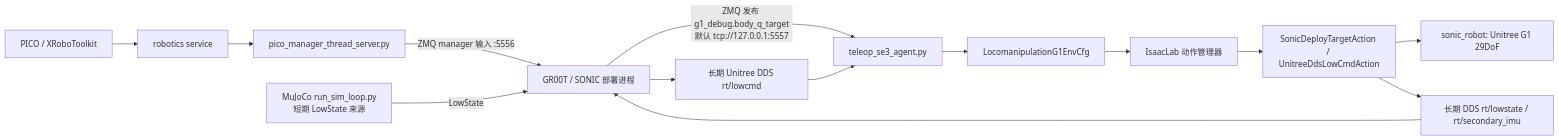
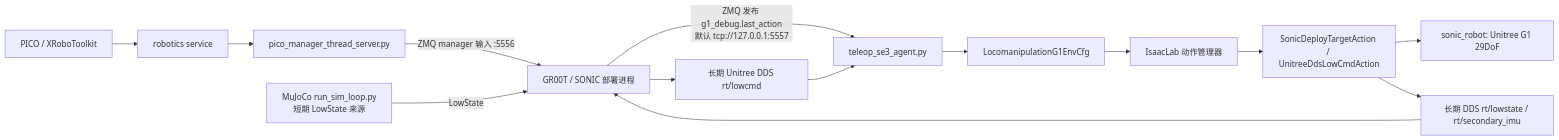
The first of 5 diagrams in docs/gr00t_sonic_pico_isaaclab_framework.md (xiaoyang00001/IsaacLab), drawn with Mermaid before and after one commit. The commit also changed other lines of this file and 4 other files, not shown here.

````diff
--- a/docs/gr00t_sonic_pico_isaaclab_framework.md
+++ b/docs/gr00t_sonic_pico_isaaclab_framework.md
@@ -17,20 +17,20 @@
 ```mermaid
 flowchart LR
     Pico[PICO / XRoboToolkit] --> RoboticsService[robotics service]
     RoboticsService --> PicoManager[pico_manager_thread_server.py]
     PicoManager -->|ZMQ manager 输入 :5556| Deploy[GR00T / SONIC 部署进程]
 
     Mujoco[MuJoCo run_sim_loop.py<br/>短期 LowState 来源] -->|LowState| Deploy
 
-    Deploy -->|ZMQ 发布 g1_debug.body_q_target<br/>默认 tcp://127.0.0.1:5557| IsaacTeleop[teleop_se3_agent.py]
+    Deploy -->|ZMQ 发布 g1_debug.last_action<br/>默认 tcp://127.0.0.1:5557| IsaacTeleop[teleop_se3_agent.py]
     Deploy --> LongDdsCmd[长期 Unitree DDS rt/lowcmd]
     LongDdsCmd --> IsaacTeleop
 
     IsaacTeleop --> EnvCfg[LocomanipulationG1EnvCfg]
     EnvCfg --> ActionManager[IsaacLab 动作管理器]
     ActionManager --> SonicAction[SonicDeployTargetAction / UnitreeDdsLowCmdAction]
     SonicAction --> SonicRobot[sonic_robot: Unitree G1 29DoF]
 
     SonicAction --> LongDdsState[长期 DDS rt/lowstate / rt/secondary_imu]
     LongDdsState --> Deploy
 ```
````
